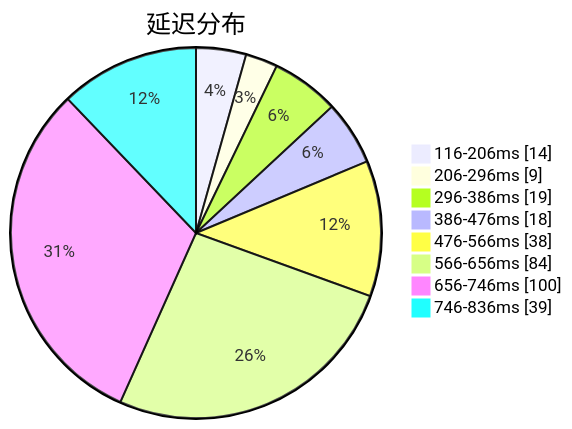
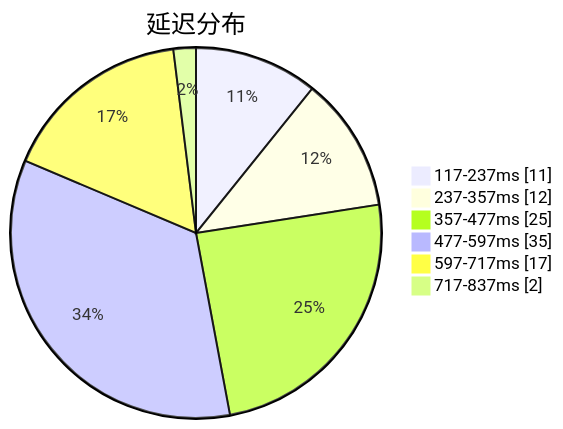
Before and after one commit to sinspired/airport: the first of 3 diagrams in subs/statistics/tested_within.md, drawn with Mermaid. The commit also changed other lines of this file and 2 other files, not shown here.

````diff
--- a/subs/statistics/tested_within.md
+++ b/subs/statistics/tested_within.md
@@ -2,12 +2,10 @@
 ```mermaid
 pie showData
 title 延迟分布
-"116-206ms" : 14
-"206-296ms" : 9
-"296-386ms" : 19
-"386-476ms" : 18
-"476-566ms" : 38
-"566-656ms" : 84
-"656-746ms" : 100
-"746-836ms" : 39
+"117-237ms" : 11
+"237-357ms" : 12
+"357-477ms" : 25
+"477-597ms" : 35
+"597-717ms" : 17
+"717-837ms" : 2
 ```
````
